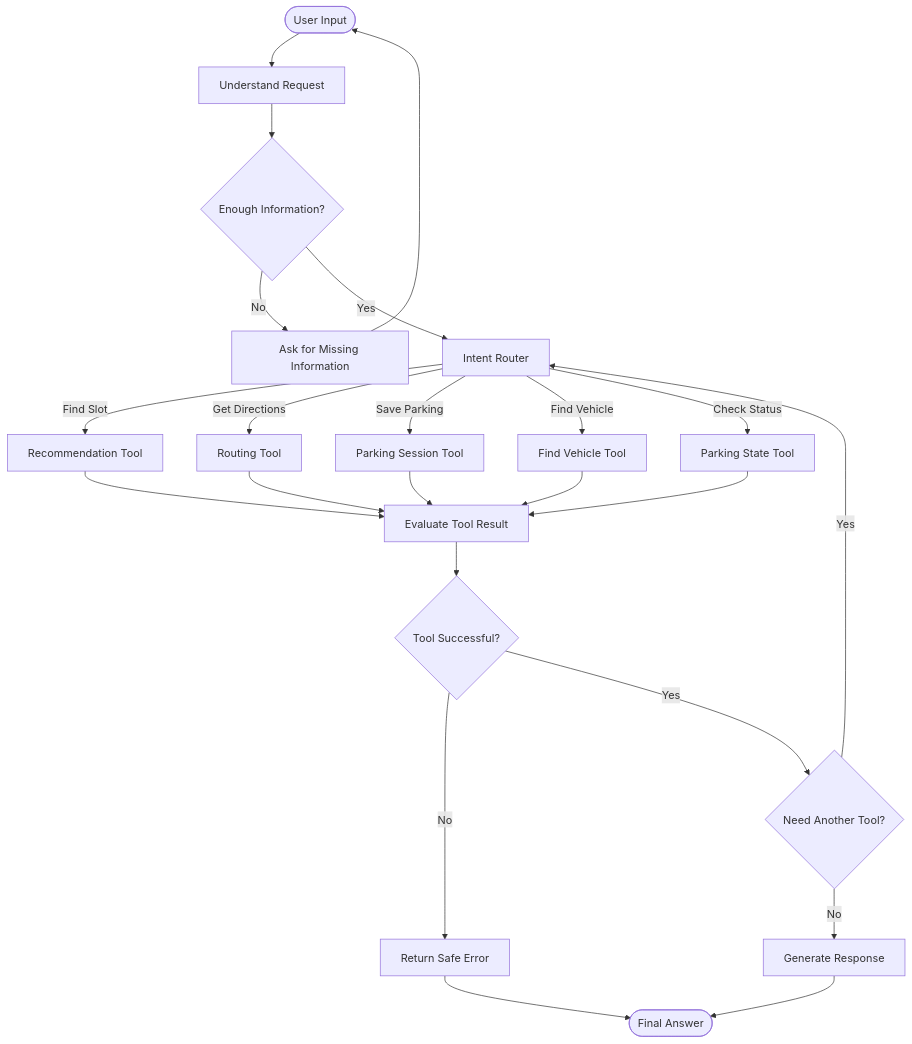
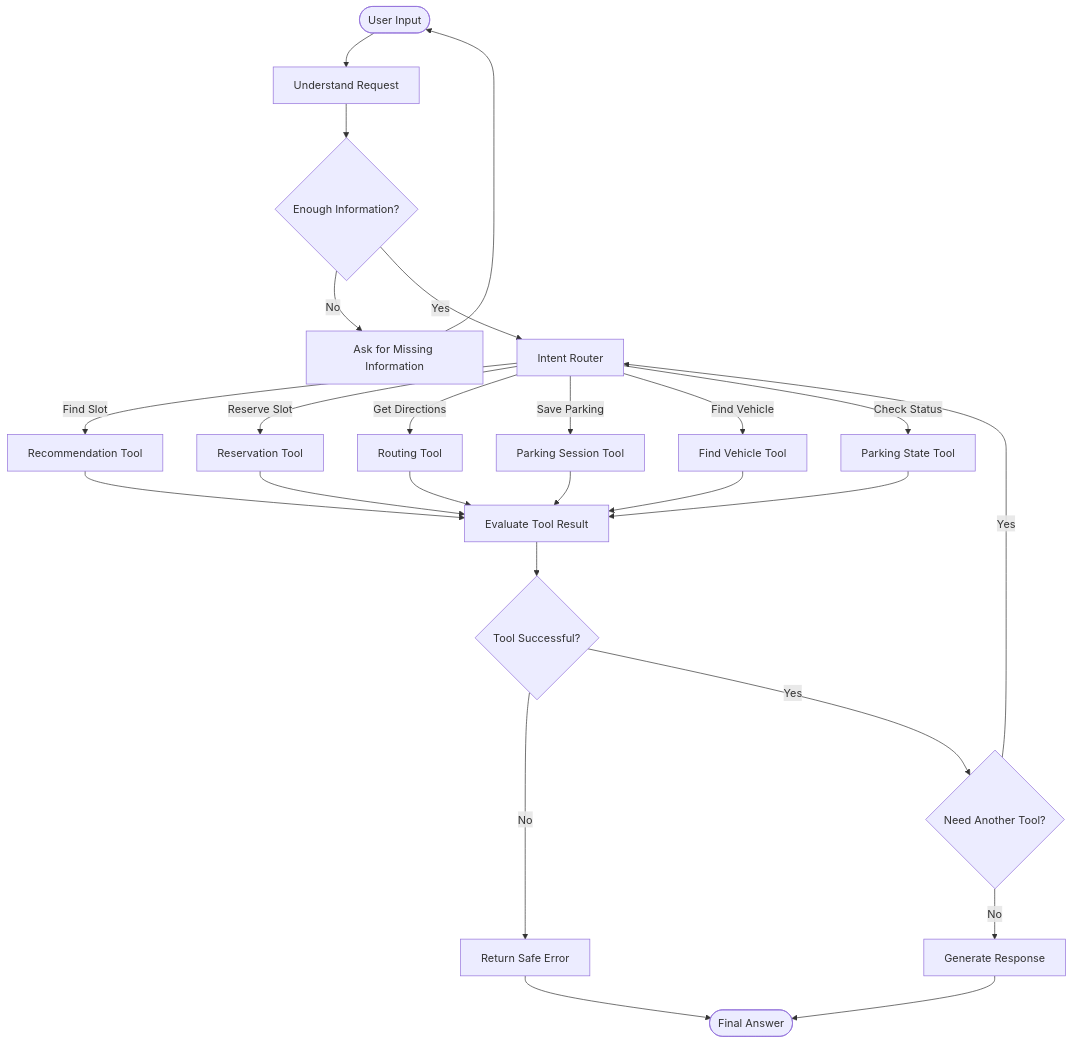
Before and after one commit to Ngducanh05/T-152: the third of 4 diagrams in docs/architecture.md, drawn with Mermaid. The commit also changed other lines of this file and 3 other files, not shown here.

````diff
--- a/docs/architecture.md
+++ b/docs/architecture.md
@@ -90,32 +109,34 @@
 ```mermaid
 graph TD
     START([User Input]) --> Understand[Understand Request]
     Understand --> CheckInfo{Enough Information?}
 
     CheckInfo -->|No| Ask[Ask for Missing Information]
     Ask --> START
 
     CheckInfo -->|Yes| Router[Intent Router]
 
     Router -->|Find Slot| Recommend[Recommendation Tool]
+    Router -->|Reserve Slot| Reserve[Reservation Tool]
     Router -->|Get Directions| Route[Routing Tool]
     Router -->|Save Parking| Save[Parking Session Tool]
     Router -->|Find Vehicle| Find[Find Vehicle Tool]
     Router -->|Check Status| Status[Parking State Tool]
 
     Recommend --> Evaluate[Evaluate Tool Result]
+    Reserve --> Evaluate
     Route --> Evaluate
     Save --> Evaluate
     Find --> Evaluate
     Status --> Evaluate
 
     Evaluate --> Success{Tool Successful?}
     Success -->|No| Error[Return Safe Error]
     Success -->|Yes| More{Need Another Tool?}
 
     More -->|Yes| Router
     More -->|No| Generate[Generate Response]
 
     Generate --> OUTPUT([Final Answer])
     Error --> OUTPUT
 ```
````
